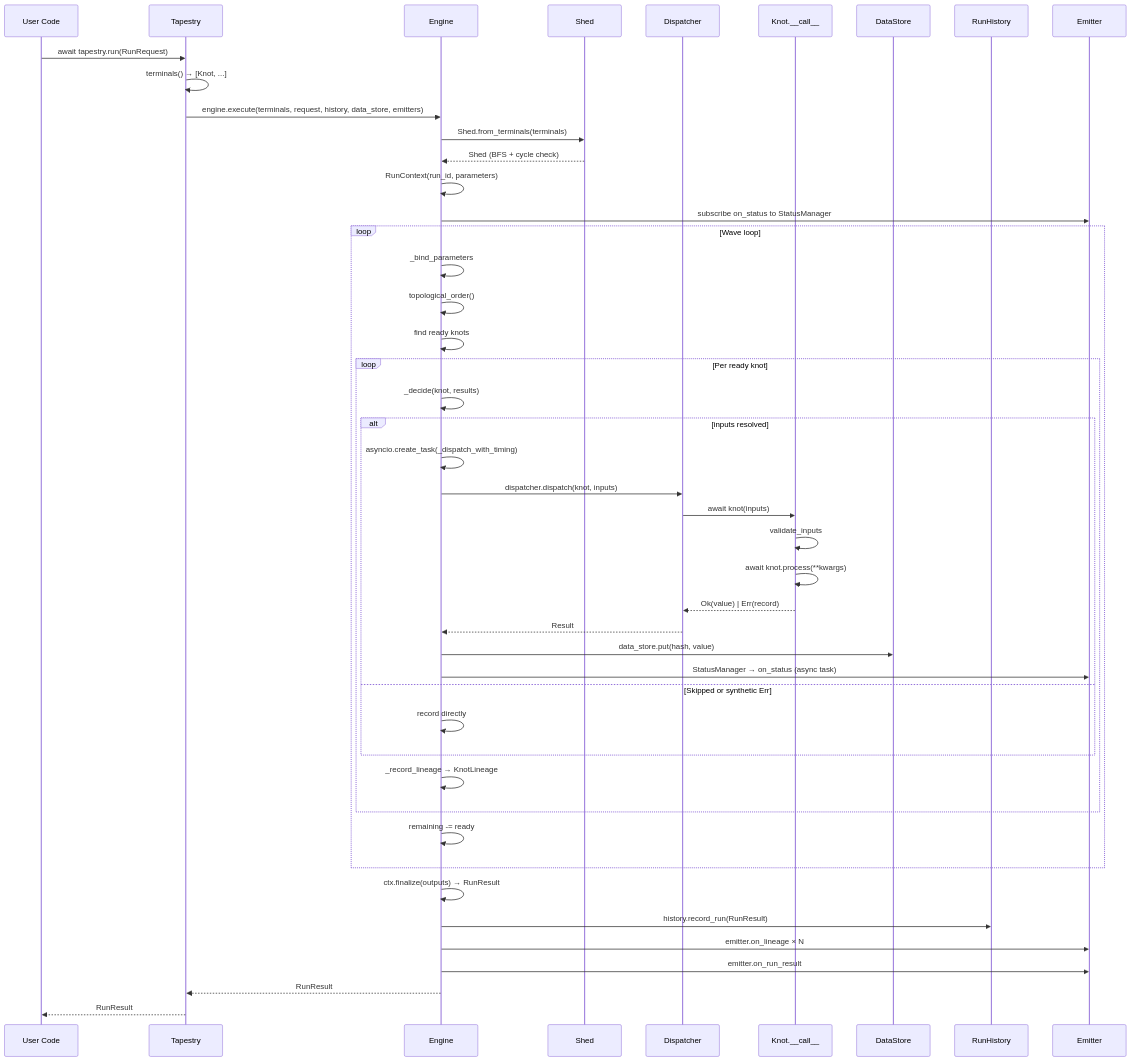
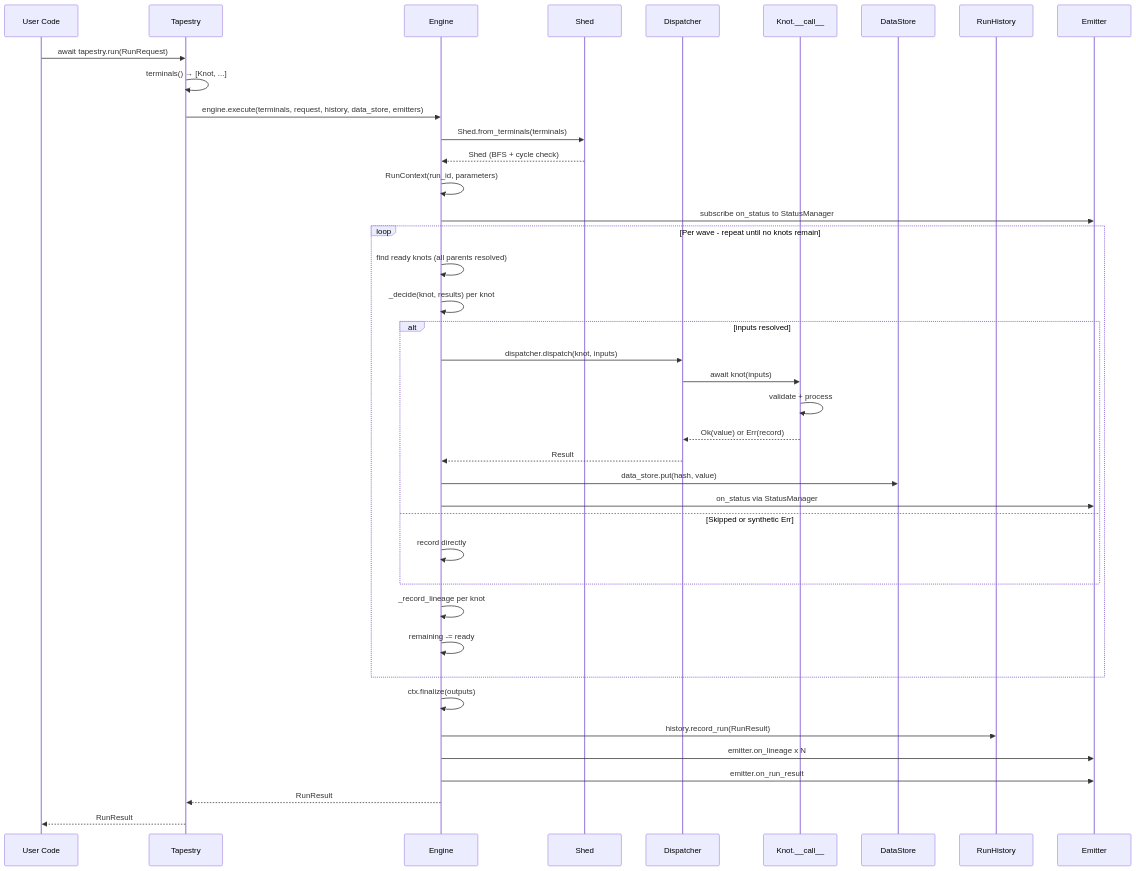
The first of 2 diagrams in docs/architecture/execution-model.md (snoodleboot-io/pirn), drawn with Mermaid before and after one commit. The commit also changed 2 other files, not shown here.

Commit message:
fix: mermaid syntax errors (subgraph labels, nested loops) and rewrite yaml-loader API docs

````diff
--- a/docs/architecture/execution-model.md
+++ b/docs/architecture/execution-model.md
@@ -156,53 +156,45 @@
 ```mermaid
 sequenceDiagram
     participant U as User Code
     participant T as Tapestry
     participant E as Engine
     participant S as Shed
     participant D as Dispatcher
     participant K as Knot.__call__
     participant DS as DataStore
     participant H as RunHistory
     participant EM as Emitter
 
     U->>T: await tapestry.run(RunRequest)
     T->>T: terminals() → [Knot, ...]
     T->>E: engine.execute(terminals, request, history, data_store, emitters)
     E->>S: Shed.from_terminals(terminals)
     S-->>E: Shed (BFS + cycle check)
     E->>E: RunContext(run_id, parameters)
     E->>EM: subscribe on_status to StatusManager
 
-    loop Wave loop
-        E->>E: _bind_parameters
-        E->>E: topological_order()
-        E->>E: find ready knots
-
-        loop Per ready knot
-            E->>E: _decide(knot, results)
-            alt inputs resolved
-                E->>E: asyncio.create_task(_dispatch_with_timing)
-                E->>D: dispatcher.dispatch(knot, inputs)
-                D->>K: await knot(inputs)
-                K->>K: validate_inputs
-                K->>K: await knot.process(**kwargs)
-                K-->>D: Ok(value) | Err(record)
-                D-->>E: Result
-                E->>DS: data_store.put(hash, value)
-                E->>EM: StatusManager → on_status (async task)
-            else Skipped or synthetic Err
-                E->>E: record directly
-            end
-            E->>E: _record_lineage → KnotLineage
+    loop Per wave - repeat until no knots remain
+        E->>E: find ready knots (all parents resolved)
+        E->>E: _decide(knot, results) per knot
+        alt inputs resolved
+            E->>D: dispatcher.dispatch(knot, inputs)
+            D->>K: await knot(inputs)
+            K->>K: validate + process
+            K-->>D: Ok(value) or Err(record)
+            D-->>E: Result
+            E->>DS: data_store.put(hash, value)
+            E->>EM: on_status via StatusManager
+        else Skipped or synthetic Err
+            E->>E: record directly
         end
-
+        E->>E: _record_lineage per knot
         E->>E: remaining -= ready
     end
 
-    E->>E: ctx.finalize(outputs) → RunResult
+    E->>E: ctx.finalize(outputs)
     E->>H: history.record_run(RunResult)
-    E->>EM: emitter.on_lineage × N
+    E->>EM: emitter.on_lineage x N
     E->>EM: emitter.on_run_result
     E-->>T: RunResult
     T-->>U: RunResult
 ```
````
